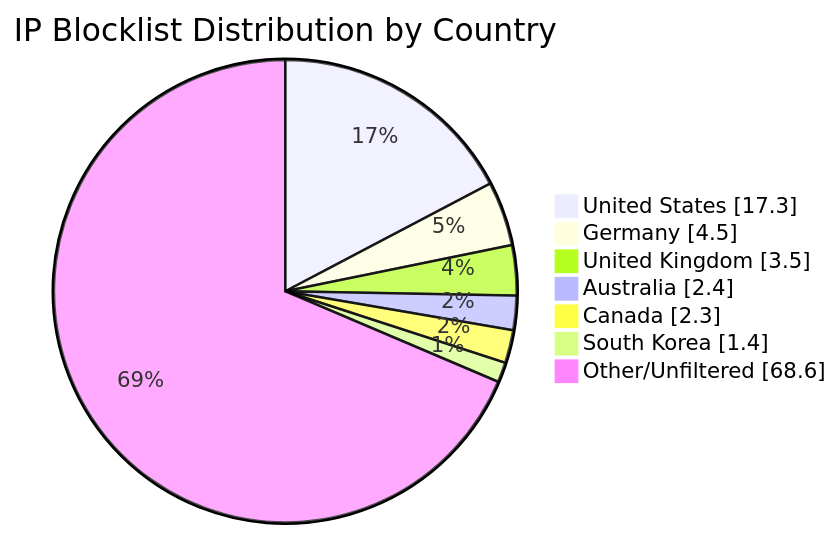
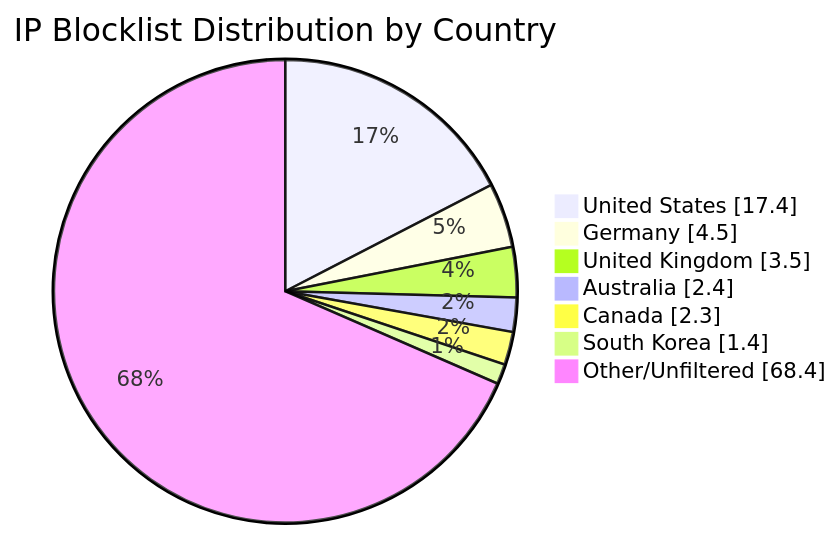
The diagram in README.md (MarcusHoltz/ipblocklist-geofiltered-aggregator), drawn with Mermaid before and after one commit. The commit also changed other lines of this file and 9 other files, not shown here.

````diff
--- a/README.md
+++ b/README.md
@@ -34,10 +34,10 @@
 ```mermaid
 pie showData title IP Blocklist Distribution by Country
-"United States" : 17.3
+"United States" : 17.4
 "Germany" : 4.5
 "United Kingdom" : 3.5
 "Australia" : 2.4
 "Canada" : 2.3
 "South Korea" : 1.4
-"Other/Unfiltered" : 68.6
+"Other/Unfiltered" : 68.4
 ```
````
